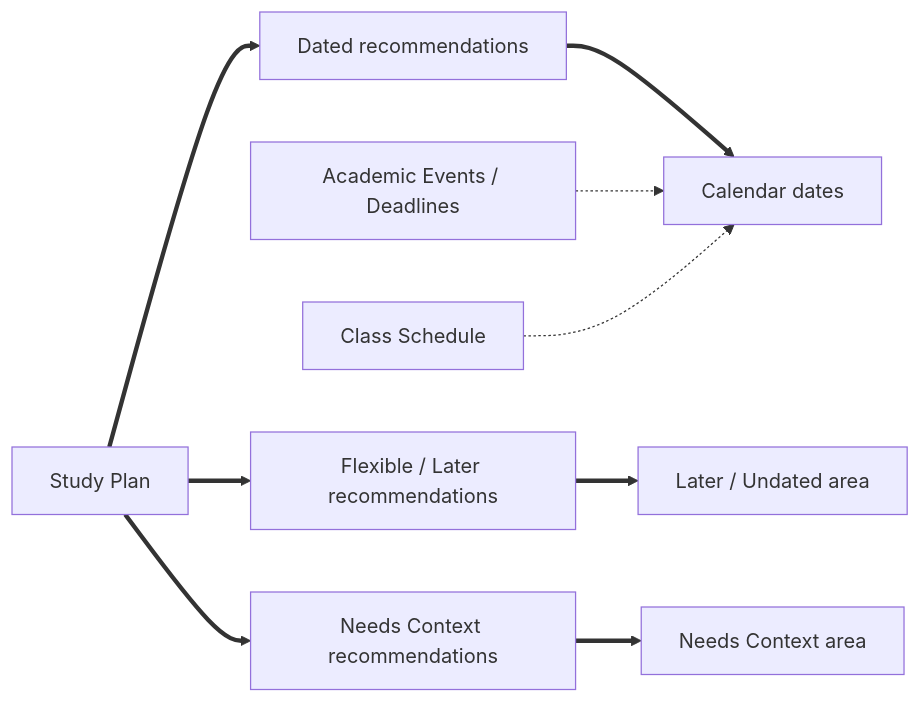
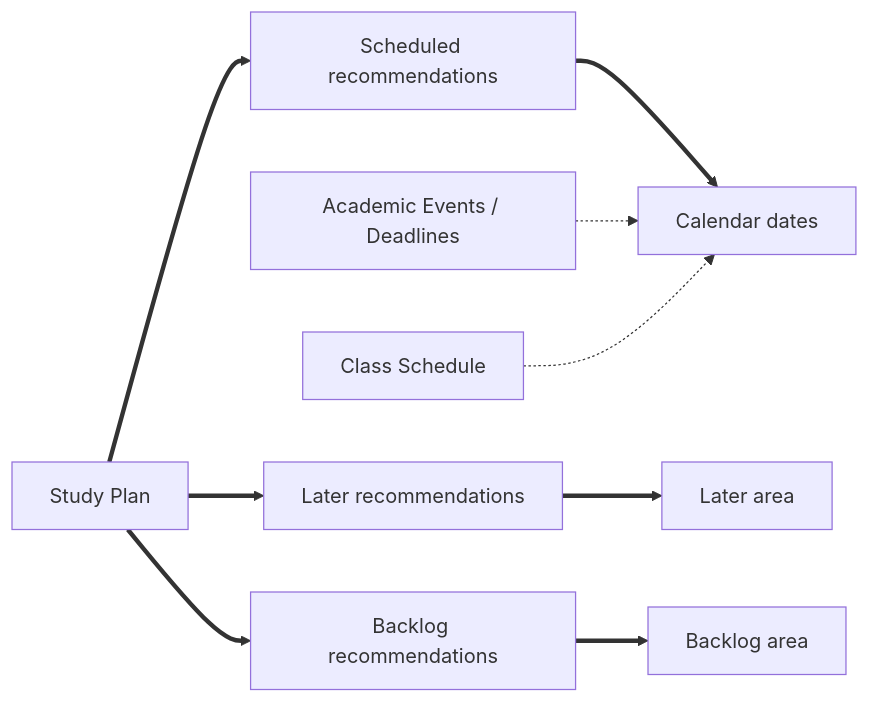
The fifth of 9 diagrams in docs/system-workflows.md (Peezzied/nyare), drawn with Mermaid before and after one commit. The commit also changed other lines of this file and 11 other files, not shown here.

````diff
--- a/docs/system-workflows.md
+++ b/docs/system-workflows.md
@@ -156,22 +156,22 @@
 ```mermaid
 flowchart LR
     Plan[Study Plan]
-    Dated[Dated recommendations]
-    Flexible["Flexible / Later recommendations"]
-    NeedsContext[Needs Context recommendations]
+    Dated[Scheduled recommendations]
+    Flexible["Later recommendations"]
+    BacklogItems[Backlog recommendations]
     Calendar[Calendar dates]
-    LaterArea["Later / Undated area"]
-    ContextArea[Needs Context area]
+    LaterArea["Later area"]
+    BacklogArea[Backlog area]
     Events["Academic Events / Deadlines"]
     Classes[Class Schedule]
 
     Plan ==> Dated
     Plan ==> Flexible
-    Plan ==> NeedsContext
+    Plan ==> BacklogItems
     Dated ==> Calendar
     Flexible ==> LaterArea
-    NeedsContext ==> ContextArea
+    BacklogItems ==> BacklogArea
 
     Events -.-> Calendar
     Classes -.-> Calendar
 ```
````
